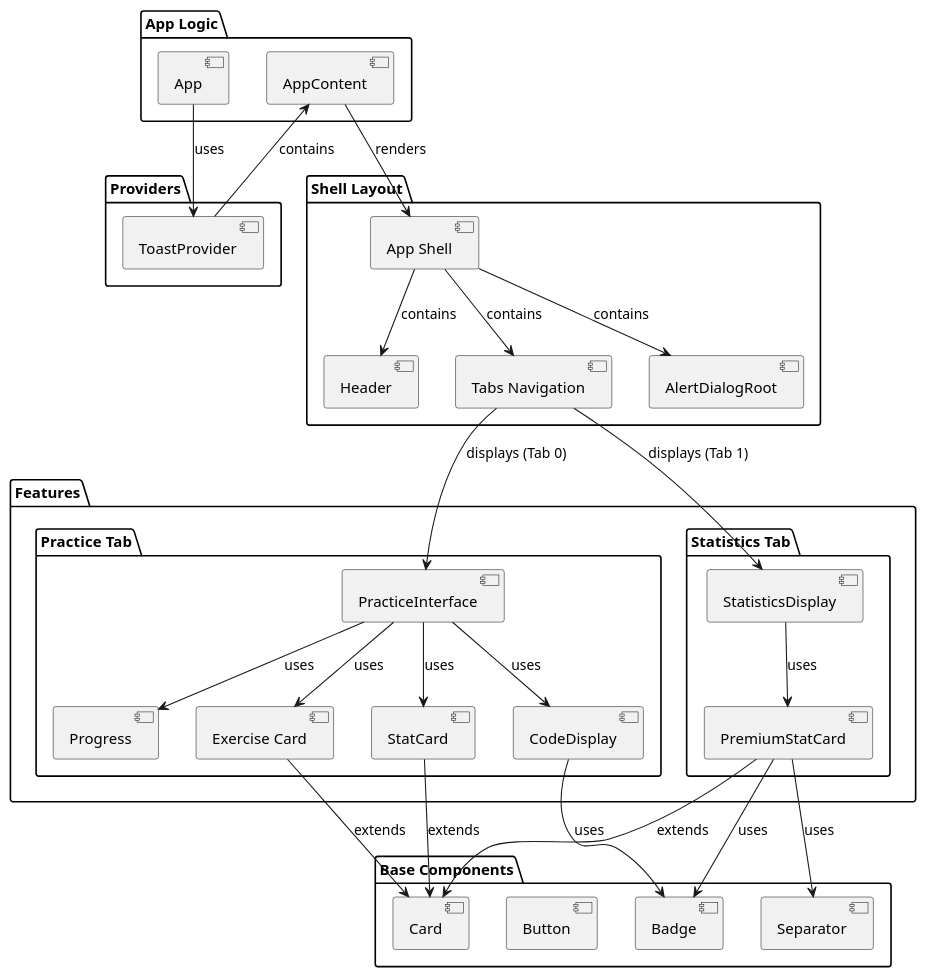
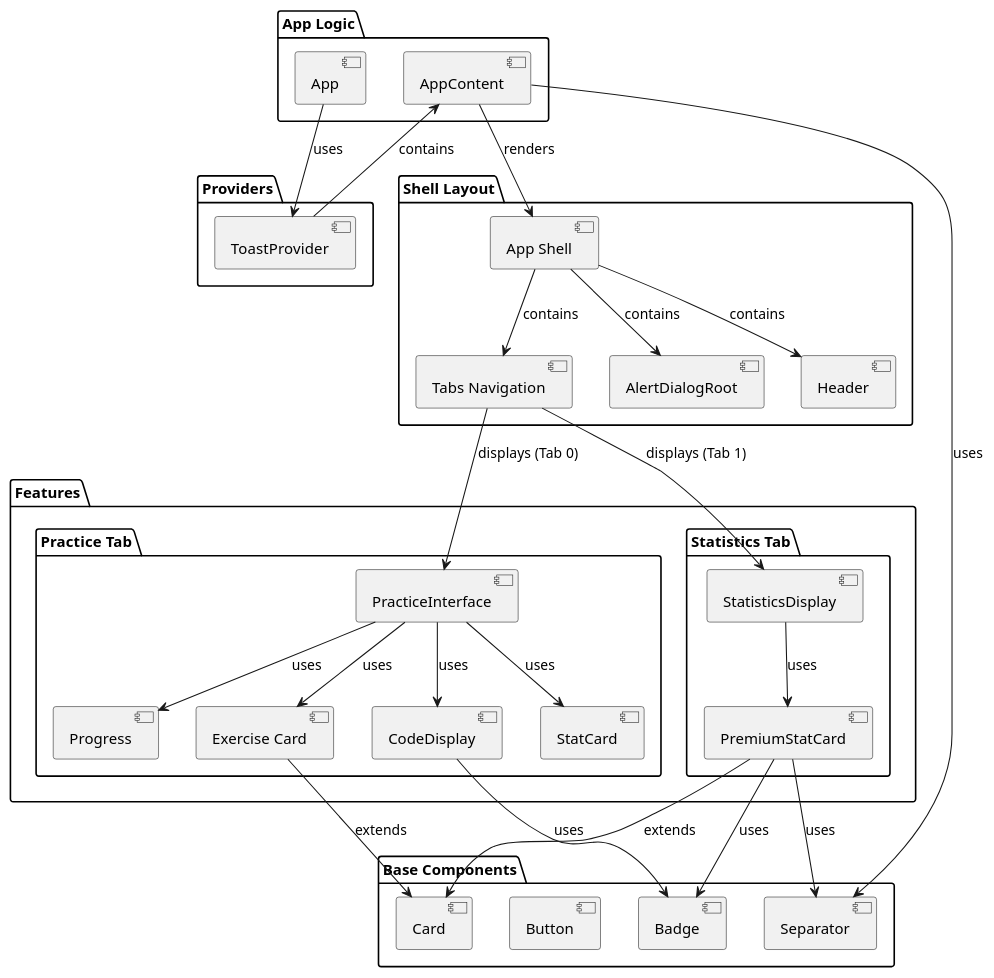
Before and after one commit to sirius-cc-wu/array30-typing-tutor: the diagram in architecture.puml, drawn with PlantUML.

```diff
--- a/architecture.puml
+++ b/architecture.puml
@@ -1,67 +1,67 @@
 @startuml Array30 Architecture
 
 package "App Logic" {
     component [App] as App
     component [AppContent] as AppContent
 }
 
 package "Providers" {
     component [ToastProvider] as ToastProvider
 }
 
 package "Shell Layout" {
     component [App Shell] as Shell
     component [Header] as Header
     component [Tabs Navigation] as Tabs
     component [AlertDialogRoot] as AlertDialog
 }
 
 package "Features" {
     package "Practice Tab" {
         component [PracticeInterface] as PI
         component [Exercise Card] as ExerciseCard
         component [StatCard] as StatCard
         component [Progress] as Progress
         component [CodeDisplay] as CodeDisplay
     }
     
     package "Statistics Tab" {
         component [StatisticsDisplay] as SD
         component [PremiumStatCard] as PStatCard
     }
 }
 
 package "Base Components" {
     component [Card] as Card
     component [Badge] as Badge
     component [Button] as Button
     component [Separator] as Separator
 }
 
 App --> ToastProvider : "uses"
 ToastProvider --> AppContent : "contains"
 AppContent --> Shell : "renders"
+AppContent --> Separator : "uses"
 
 Shell --> Header : "contains"
 Shell --> Tabs : "contains"
 Shell --> AlertDialog : "contains"
 
 Tabs --> PI : "displays (Tab 0)"
 Tabs --> SD : "displays (Tab 1)"
 
 PI --> ExerciseCard : "uses"
 PI --> StatCard : "uses"
 PI --> Progress : "uses"
 PI --> CodeDisplay : "uses"
 
 SD --> PStatCard : "uses"
 
 ExerciseCard --> Card : "extends"
-StatCard --> Card : "extends"
 PStatCard --> Card : "extends"
 
 CodeDisplay --> Badge : "uses"
 PStatCard --> Badge : "uses"
 PStatCard --> Separator : "uses"
 
 @enduml
```
